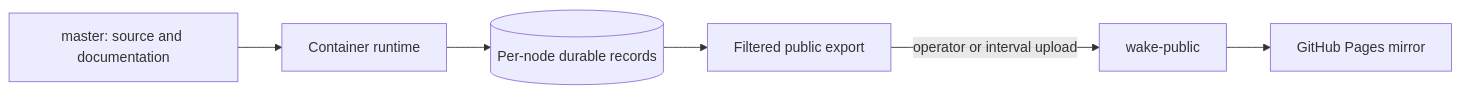
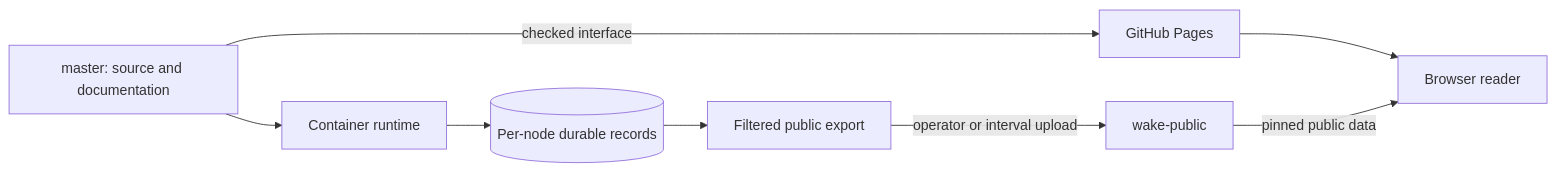
Before and after one commit to sudofx/wake: the first of 2 diagrams in docs/cloud.md, drawn with Mermaid. The commit also changed other lines of this file and 30 other files, not shown here.

Commit message:
Decouple public research data from checked Pages interfaces

````diff
--- a/docs/cloud.md
+++ b/docs/cloud.md
@@ -48,8 +48,10 @@
 ```mermaid
 flowchart LR
   S[master: source and documentation] --> C[Container runtime]
   C --> R[(Per-node durable records)]
   R --> E[Filtered public export]
   E -->|operator or interval upload| P[wake-public]
-  P --> G[GitHub Pages mirror]
+  S -->|checked interface| G[GitHub Pages]
+  G --> B[Browser reader]
+  P -->|pinned public data| B
 ```
````
